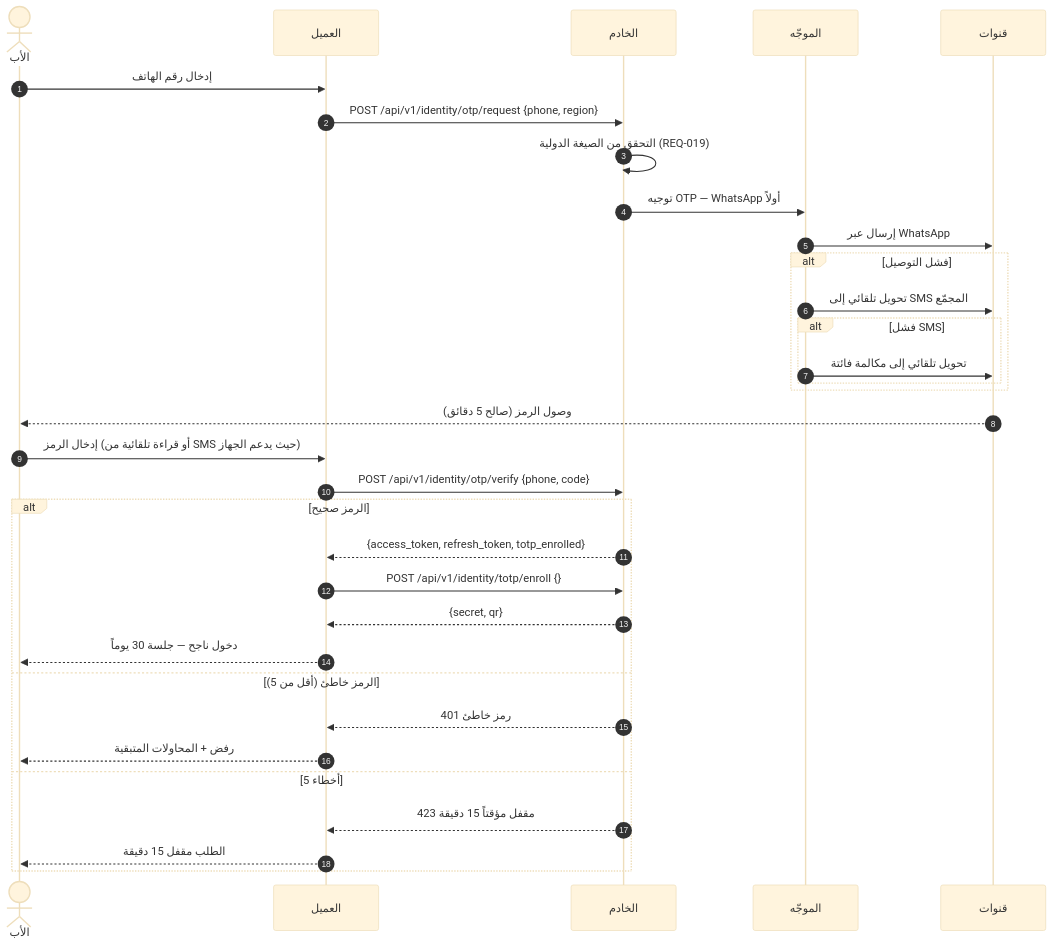
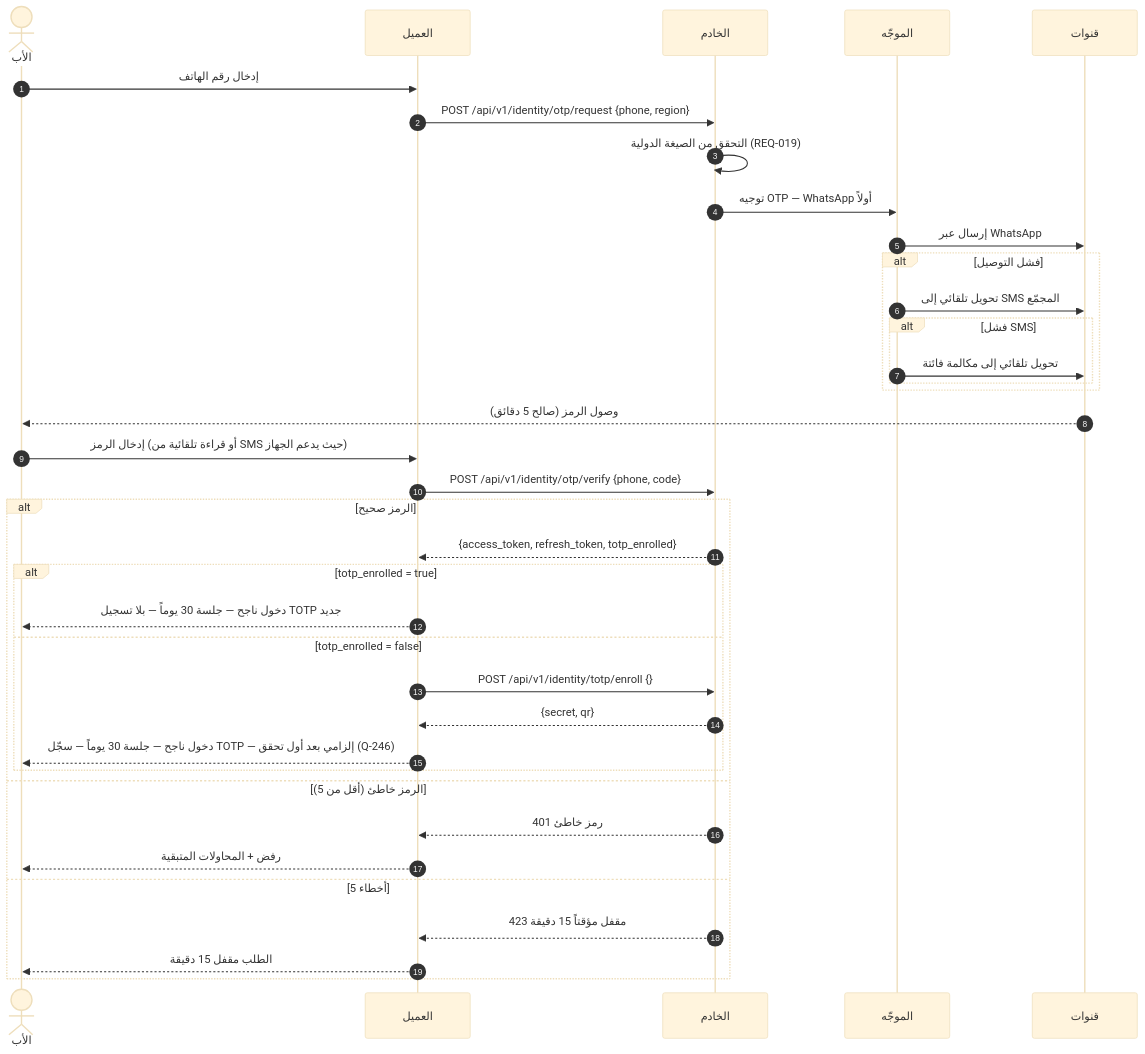
Before and after one commit to Bassam-mohammed-alqaeadi/family-os-v2: the third of 13 diagrams in docs/family-os/governance/phases/phase-1/S1-02-identity-and-onboarding/DIAGRAMS.md, drawn with Mermaid (base theme). The commit also changed other lines of this file and 13 other files, not shown here.

````diff
--- a/docs/family-os/governance/phases/phase-1/S1-02-identity-and-onboarding/DIAGRAMS.md
+++ b/docs/family-os/governance/phases/phase-1/S1-02-identity-and-onboarding/DIAGRAMS.md
@@ -206,35 +207,39 @@
 ```mermaid
 sequenceDiagram
     autonumber
     actor Father as الأب
     participant Client as العميل
     participant Ktor as الخادم
     participant Router as الموجّه
     participant Channels as قنوات
     Father->>Client: إدخال رقم الهاتف
     Client->>Ktor: POST /api/v1/identity/otp/request {phone, region}
     Ktor->>Ktor: التحقق من الصيغة الدولية (REQ-019)
     Ktor->>Router: توجيه OTP — WhatsApp أولاً
     Router->>Channels: إرسال عبر WhatsApp
     alt فشل التوصيل
         Router->>Channels: تحويل تلقائي إلى SMS المجمّع
         alt فشل SMS
             Router->>Channels: تحويل تلقائي إلى مكالمة فائتة
         end
     end
     Channels-->>Father: وصول الرمز (صالح 5 دقائق)
     Father->>Client: إدخال الرمز (أو قراءة تلقائية من SMS حيث يدعم الجهاز)
     Client->>Ktor: POST /api/v1/identity/otp/verify {phone, code}
     alt الرمز صحيح
         Ktor-->>Client: {access_token, refresh_token, totp_enrolled}
-        Client->>Ktor: POST /api/v1/identity/totp/enroll {}
-        Ktor-->>Client: {secret, qr}
-        Client-->>Father: دخول ناجح — جلسة 30 يوماً
+        alt totp_enrolled = true
+            Client-->>Father: دخول ناجح — جلسة 30 يوماً — بلا تسجيل TOTP جديد
+        else totp_enrolled = false
+            Client->>Ktor: POST /api/v1/identity/totp/enroll {}
+            Ktor-->>Client: {secret, qr}
+            Client-->>Father: دخول ناجح — جلسة 30 يوماً — سجّل TOTP — إلزامي بعد أول تحقق (Q-246)
+        end
     else الرمز خاطئ (أقل من 5)
         Ktor-->>Client: 401 رمز خاطئ
         Client-->>Father: رفض + المحاولات المتبقية
     else 5 أخطاء
         Ktor-->>Client: 423 مقفل مؤقتاً 15 دقيقة
         Client-->>Father: الطلب مقفل 15 دقيقة
     end
 ```
````
